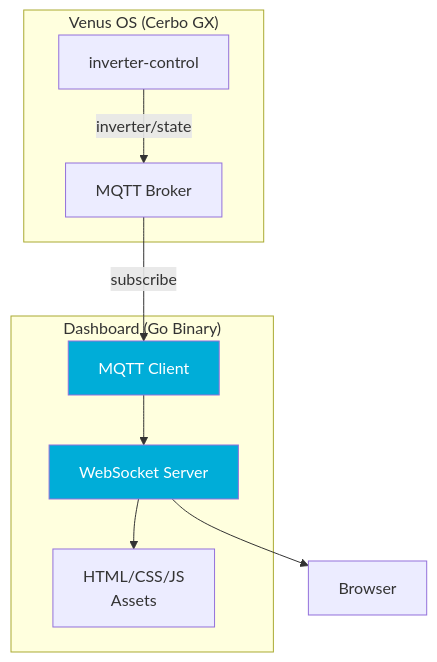
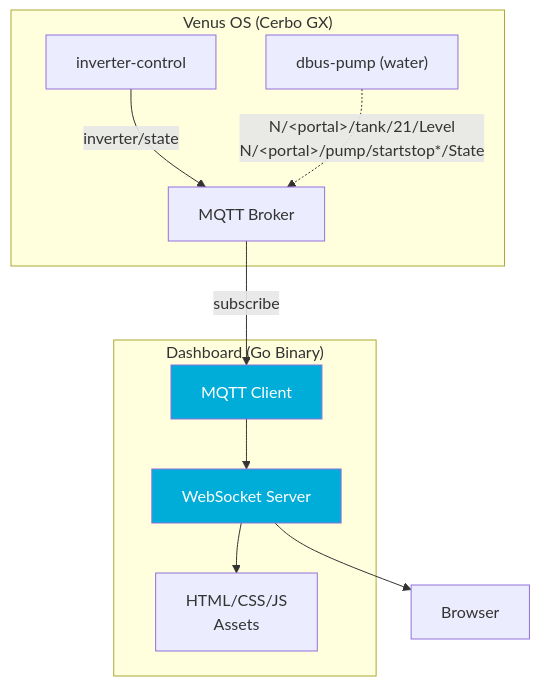
One commit to victron-venus/inverter-dashboard-go changed the diagram in README.md. Above: the diagram before and after it, drawn with Mermaid. The commit also changed other lines of this file and 10 other files, not shown here.

First line of the commit message:
feat(water): subscribe dbus-pump water topics instead of Home Assistant

````diff
--- a/README.md
+++ b/README.md
@@ -39,21 +39,23 @@
 ```mermaid
 flowchart TD
     subgraph Venus["Venus OS (Cerbo GX)"]
         INV["inverter-control"]
+        DP["dbus-pump (water)"]
         MQTT["MQTT Broker"]
     end
 
     subgraph Dashboard["Dashboard (Go Binary)"]
         MQTT_SUB["MQTT Client"]
         WS["WebSocket Server"]
         WS --> UI["HTML/CSS/JS\nAssets"]
     end
 
     INV -->|"inverter/state"| MQTT
+    DP -.->|"N/&lt;portal&gt;/tank/21/Level<br/>N/&lt;portal&gt;/pump/startstop*/State"| MQTT
     MQTT -->|"subscribe"| MQTT_SUB
     MQTT_SUB --> WS
     WS --> BROWSER["Browser"]
 
     style MQTT_SUB fill:#00ADD8,color:#fff
     style WS fill:#00ADD8,color:#fff
 ```
````
